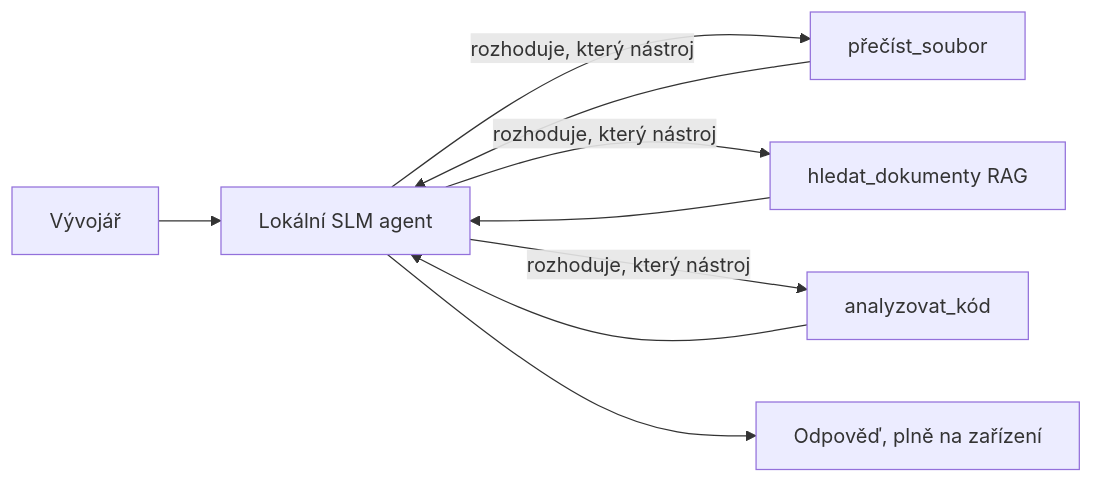
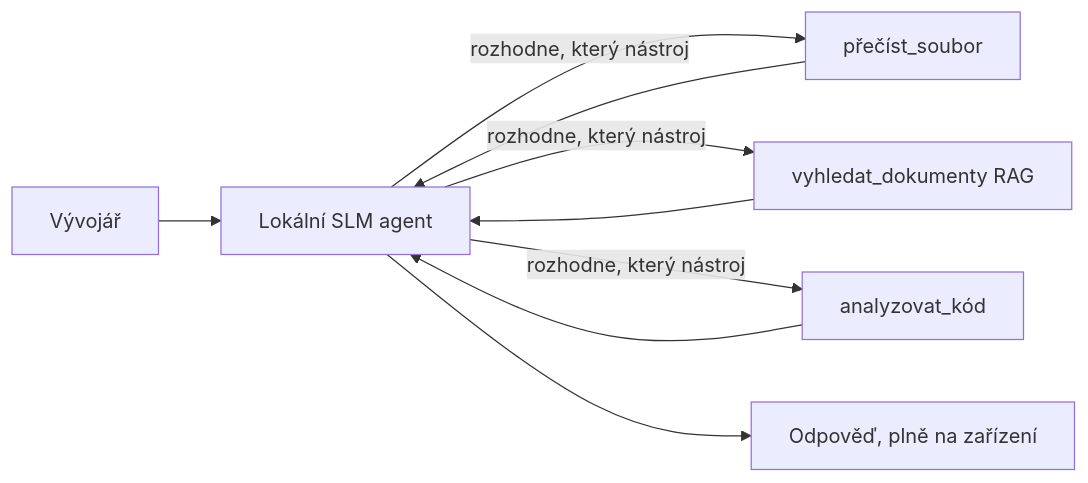
The first of 4 diagrams in translations/cs/17-creating-local-ai-agents/README.md (microsoft/ai-agents-for-beginners), drawn with Mermaid before and after one commit. The commit also changed other lines of this file and 47 other files, not shown here.

````diff
--- a/translations/cs/17-creating-local-ai-agents/README.md
+++ b/translations/cs/17-creating-local-ai-agents/README.md
@@ -66,11 +66,11 @@
 ```mermaid
 flowchart LR
     U[Vývojář] --> A[Lokální SLM agent]
-    A -->|rozhoduje, který nástroj| T1[přečíst_soubor]
-    A -->|rozhoduje, který nástroj| T2[hledat_dokumenty RAG]
-    A -->|rozhoduje, který nástroj| T3[analyzovat_kód]
+    A -->|rozhodne, který nástroj| T1[přečíst_soubor]
+    A -->|rozhodne, který nástroj| T2[vyhledat_dokumenty RAG]
+    A -->|rozhodne, který nástroj| T3[analyzovat_kód]
     T1 --> A
     T2 --> A
     T3 --> A
     A --> R[Odpověď, plně na zařízení]
 ```
````
